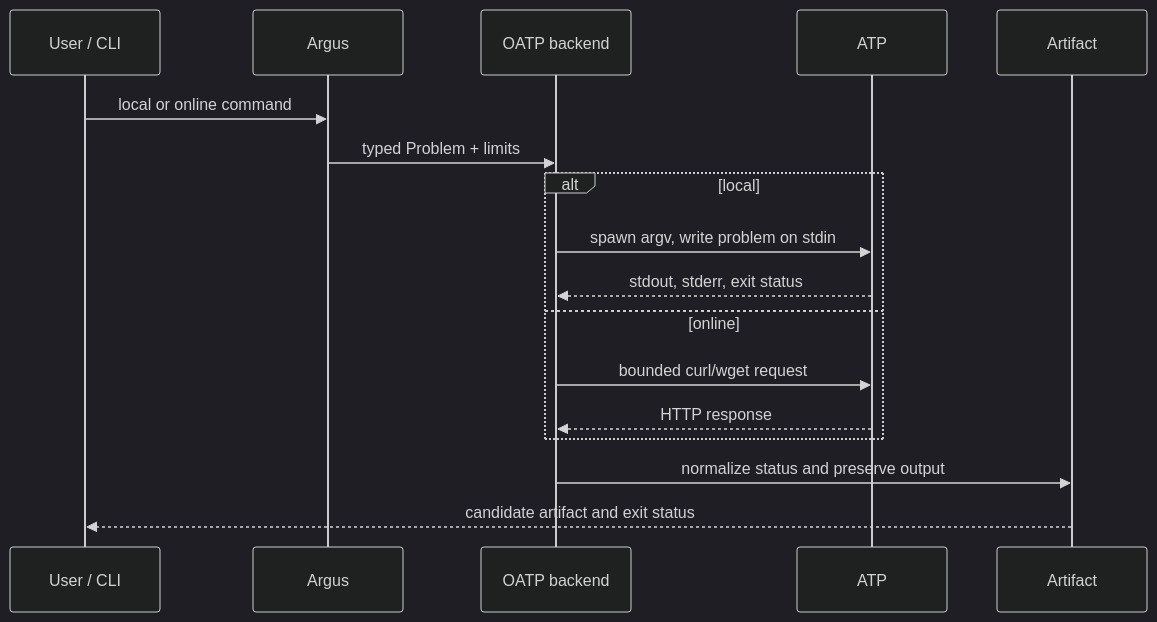
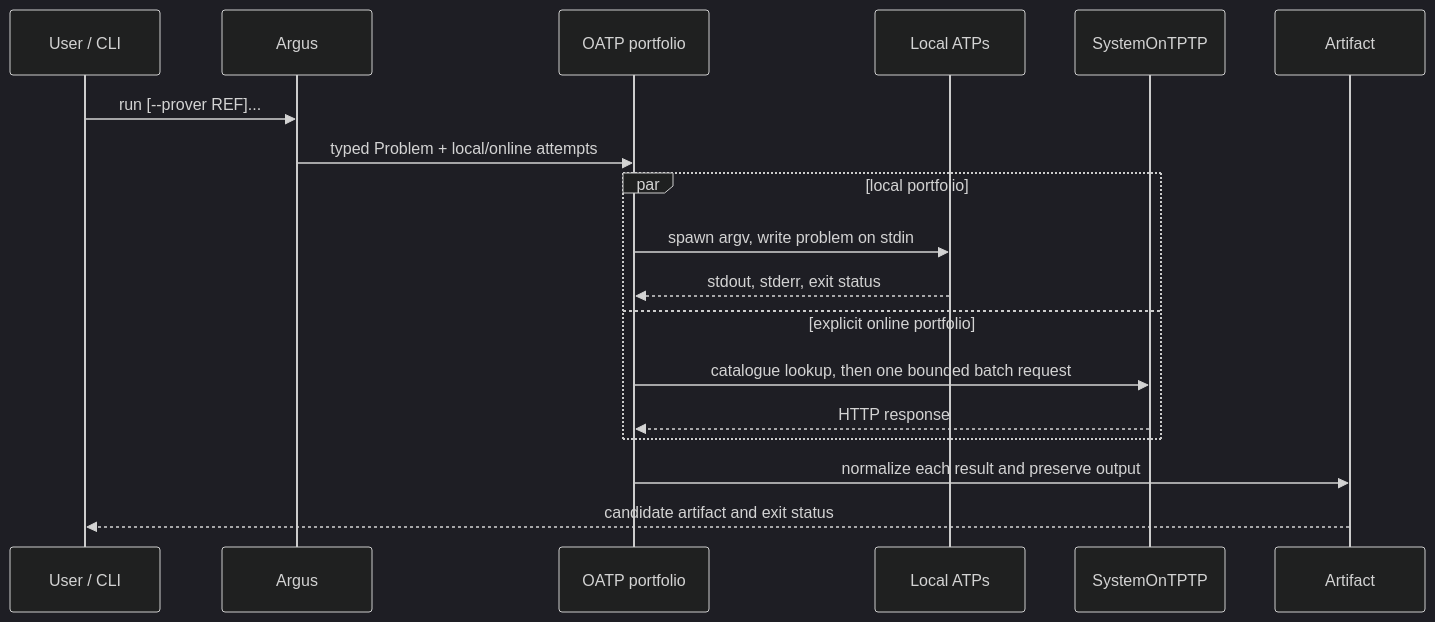
The second of 2 diagrams in ARCHITECTURE.md (jonaprieto/oatp), drawn with Mermaid (dark theme) before and after one commit. The commit also changed other lines of this file and 11 other files, not shown here.

````diff
--- a/ARCHITECTURE.md
+++ b/ARCHITECTURE.md
@@ -66,20 +66,21 @@
 ```mermaid
 sequenceDiagram
   participant U as User / CLI
   participant A as Argus
-  participant B as OATP backend
-  participant E as ATP
+  participant B as OATP portfolio
+  participant E as Local ATPs
+  participant S as SystemOnTPTP
   participant R as Artifact
 
-  U->>A: local or online command
-  A->>B: typed Problem + limits
-  alt local
+  U->>A: run [--prover REF]...
+  A->>B: typed Problem + local/online attempts
+  par local portfolio
     B->>E: spawn argv, write problem on stdin
     E-->>B: stdout, stderr, exit status
-  else online
-    B->>E: bounded curl/wget request
-    E-->>B: HTTP response
+  and explicit online portfolio
+    B->>S: catalogue lookup, then one bounded batch request
+    S-->>B: HTTP response
   end
-  B->>R: normalize status and preserve output
+  B->>R: normalize each result and preserve output
   R-->>U: candidate artifact and exit status
 ```
````
